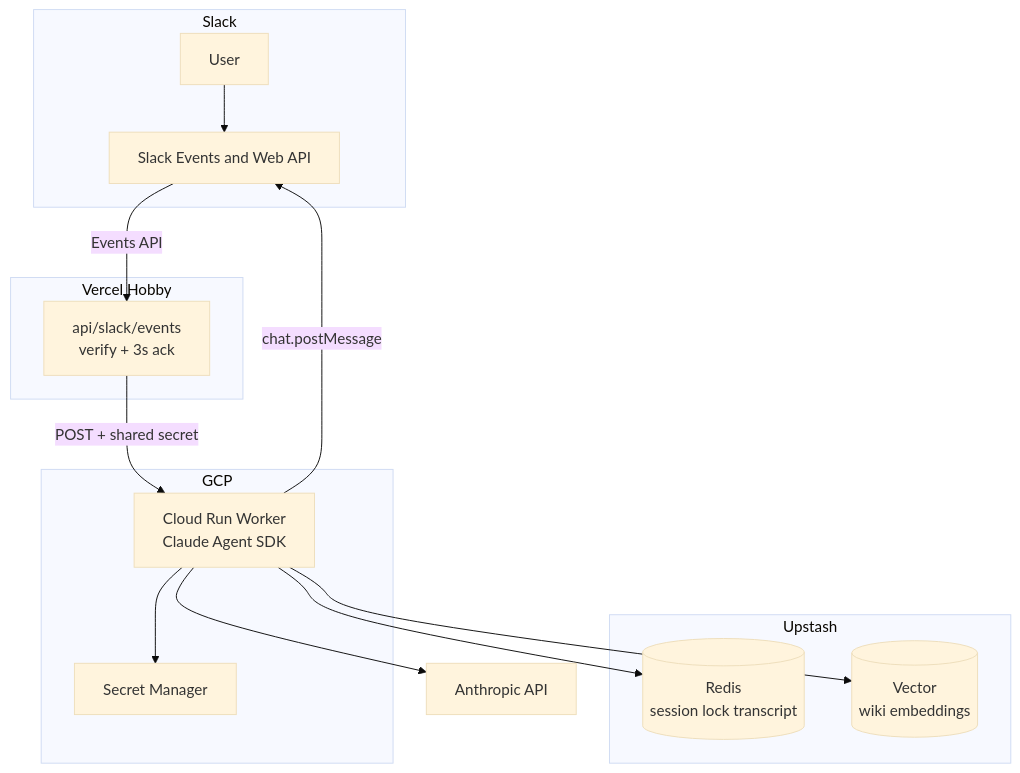
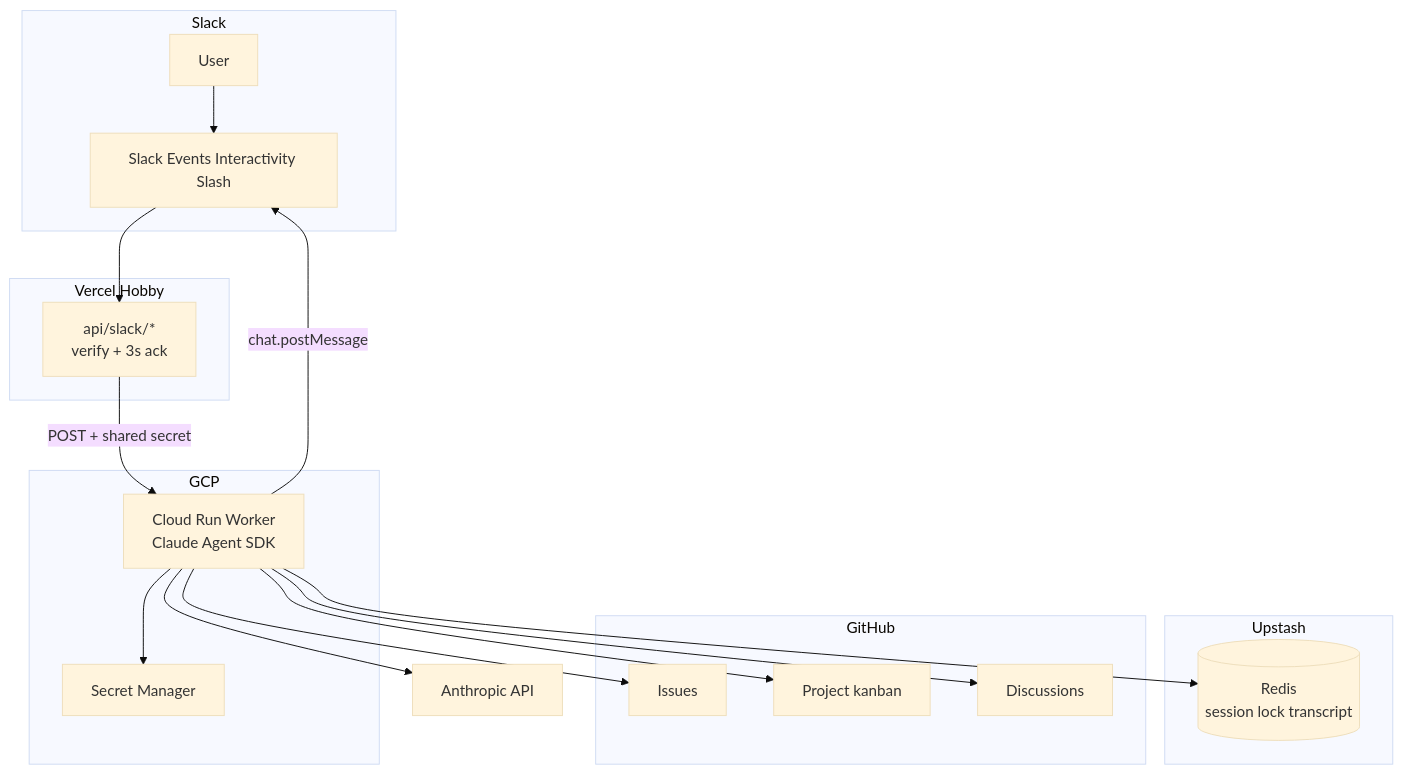
The second of 5 diagrams in docs/architecture.md (tentaShiratori/slack-ai-agent), drawn with Mermaid (base theme) before and after one commit. The commit also changed other lines of this file and 9 other files, not shown here.

````diff
--- a/docs/architecture.md
+++ b/docs/architecture.md
@@ -43,32 +53,39 @@
 ```mermaid
 flowchart TB
   subgraph slackSide [Slack]
     User[User]
-    SlackAPI[Slack Events and Web API]
+    SlackAPI[Slack Events Interactivity Slash]
   end
 
   subgraph vercelSide [Vercel Hobby]
-    Events["api/slack/events\nverify + 3s ack"]
+    Edge["api/slack/*\nverify + 3s ack"]
   end
 
   subgraph gcpSide [GCP]
     Run[Cloud Run Worker\nClaude Agent SDK]
     SM[Secret Manager]
   end
 
   subgraph upstashSide [Upstash]
     Redis[(Redis\nsession lock transcript)]
-    Vector[(Vector\nwiki embeddings)]
+  end
+
+  subgraph githubSide [GitHub]
+    Issues[Issues]
+    Project[Project kanban]
+    Disc[Discussions]
   end
 
   Claude[Anthropic API]
 
   User --> SlackAPI
-  SlackAPI -->|"Events API"| Events
-  Events -->|"POST + shared secret"| Run
+  SlackAPI --> Edge
+  Edge -->|"POST + shared secret"| Run
   Run --> SM
   Run --> Redis
-  Run --> Vector
   Run --> Claude
+  Run --> Issues
+  Run --> Project
+  Run --> Disc
   Run -->|"chat.postMessage"| SlackAPI
 ```
````
